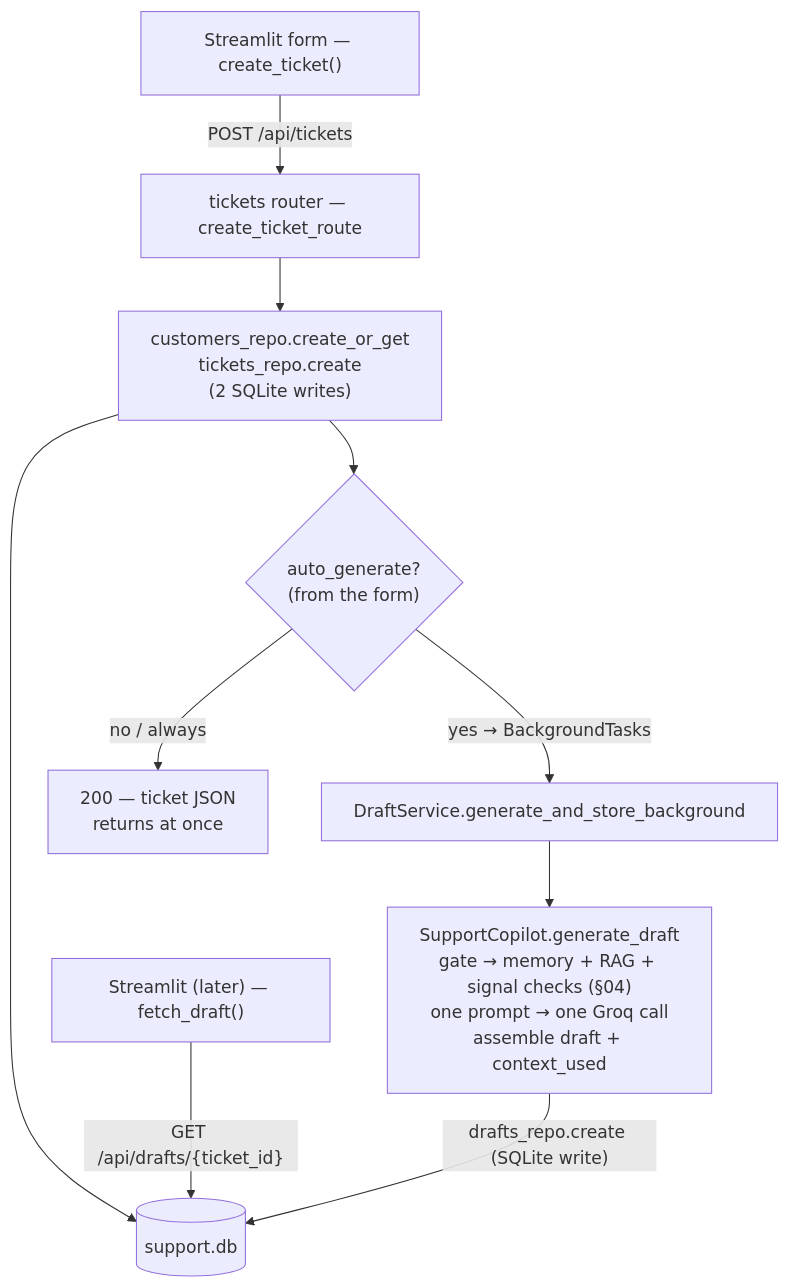
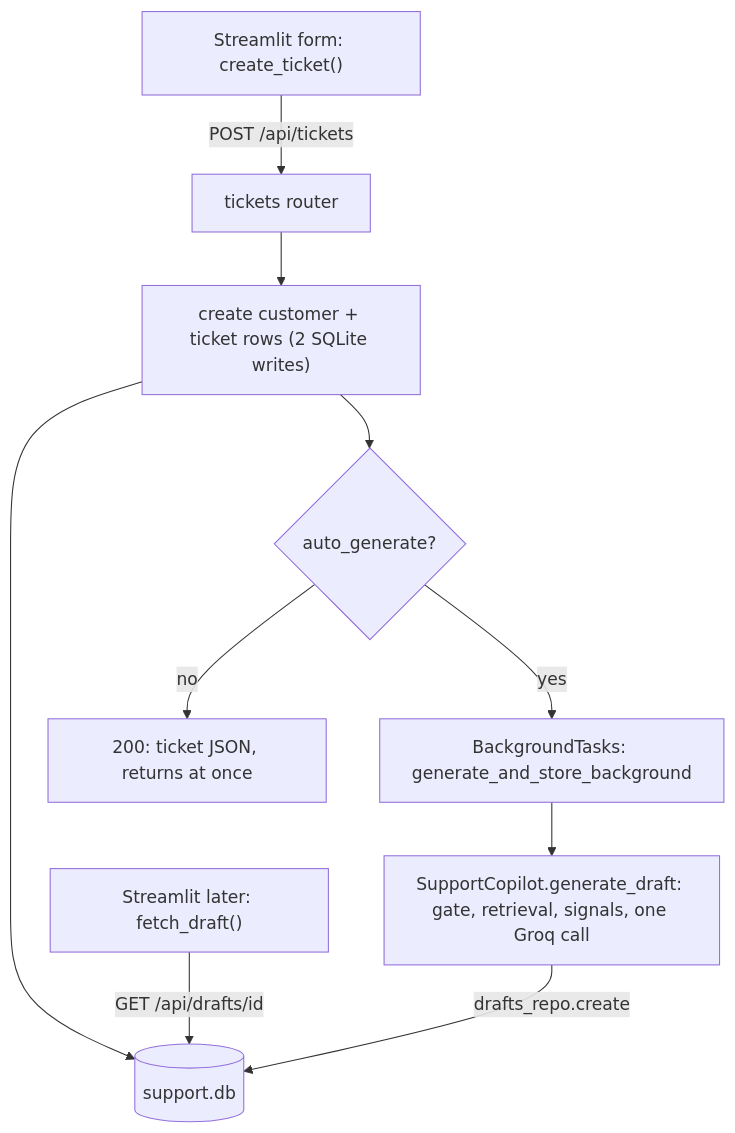
The second of 4 diagrams in docs/architecture.md (samriddhi56652/insurance-claims-copilot), drawn with Mermaid before and after one commit. The commit also changed other lines of this file and 1 other file, not shown here.

First line of the commit message:
fix(docs): rewrite Mermaid diagrams for GitHub's renderer

````diff
--- a/docs/architecture.md
+++ b/docs/architecture.md
@@ -131,12 +140,12 @@
 ```mermaid
 flowchart TD
-    F["Streamlit form — create_ticket()"] -- "POST /api/tickets" --> RT["tickets router — create_ticket_route"]
-    RT --> W["customers_repo.create_or_get<br/>tickets_repo.create<br/>(2 SQLite writes)"]
+    F["Streamlit form: create_ticket()"] -->|POST /api/tickets| RT["tickets router"]
+    RT --> W["create customer + ticket rows (2 SQLite writes)"]
     W --> DBW[("support.db")]
-    W --> Q{"auto_generate?<br/>(from the form)"}
-    Q -- "no / always" --> RESP["200 — ticket JSON<br/>returns at once"]
-    Q -- "yes → BackgroundTasks" --> BG["DraftService.generate_and_store_background"]
-    BG --> GD["SupportCopilot.generate_draft<br/>gate → memory + RAG + signal checks (§04)<br/>one prompt → one Groq call<br/>assemble draft + context_used"]
-    GD -- "drafts_repo.create (SQLite write)" --> DBW
-    SL["Streamlit (later) — fetch_draft()"] -- "GET /api/drafts/{ticket_id}" --> DBW
+    W --> Q{"auto_generate?"}
+    Q -->|no| RESP["200: ticket JSON, returns at once"]
+    Q -->|yes| BG["BackgroundTasks: generate_and_store_background"]
+    BG --> GD["SupportCopilot.generate_draft: gate, retrieval, signals, one Groq call"]
+    GD -->|drafts_repo.create| DBW
+    SL["Streamlit later: fetch_draft()"] -->|GET /api/drafts/id| DBW
 ```
````
